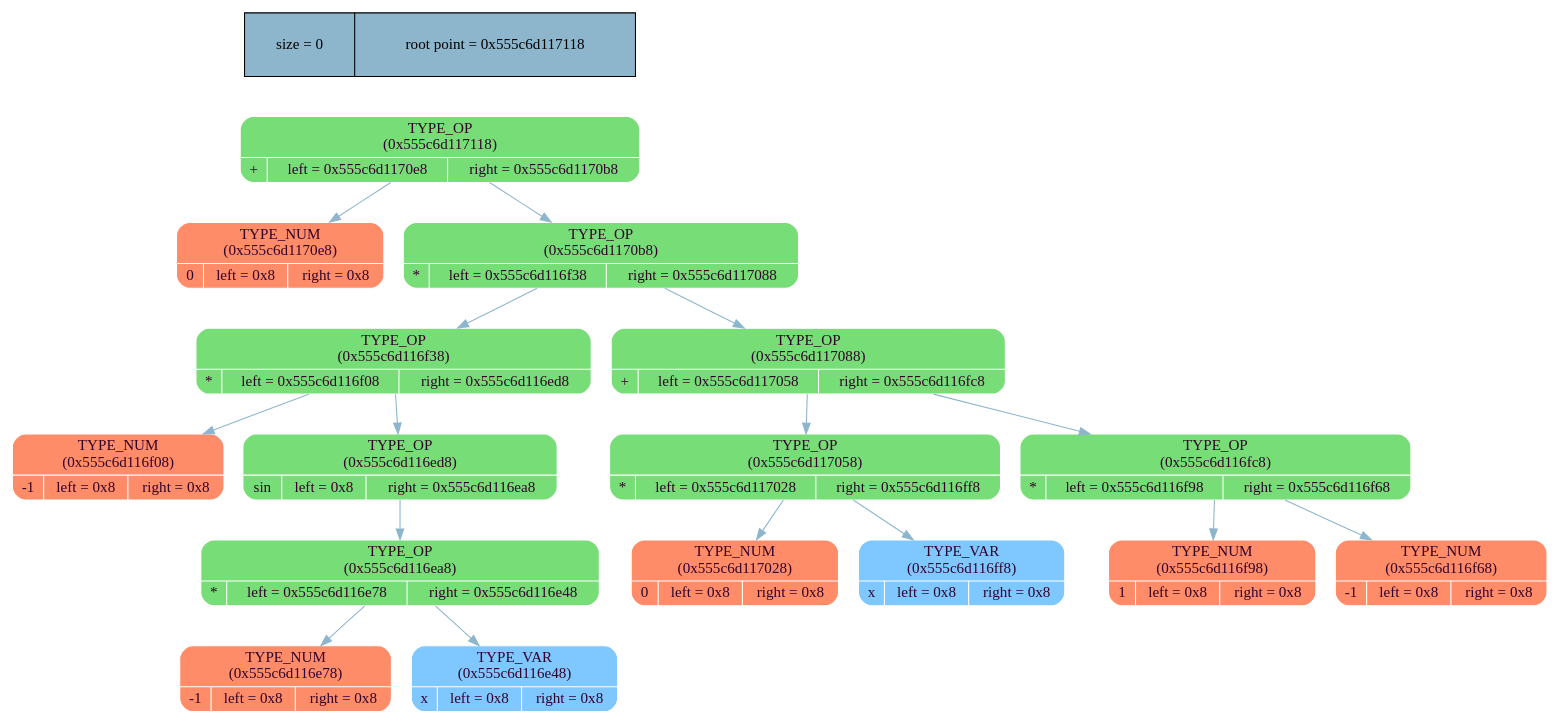
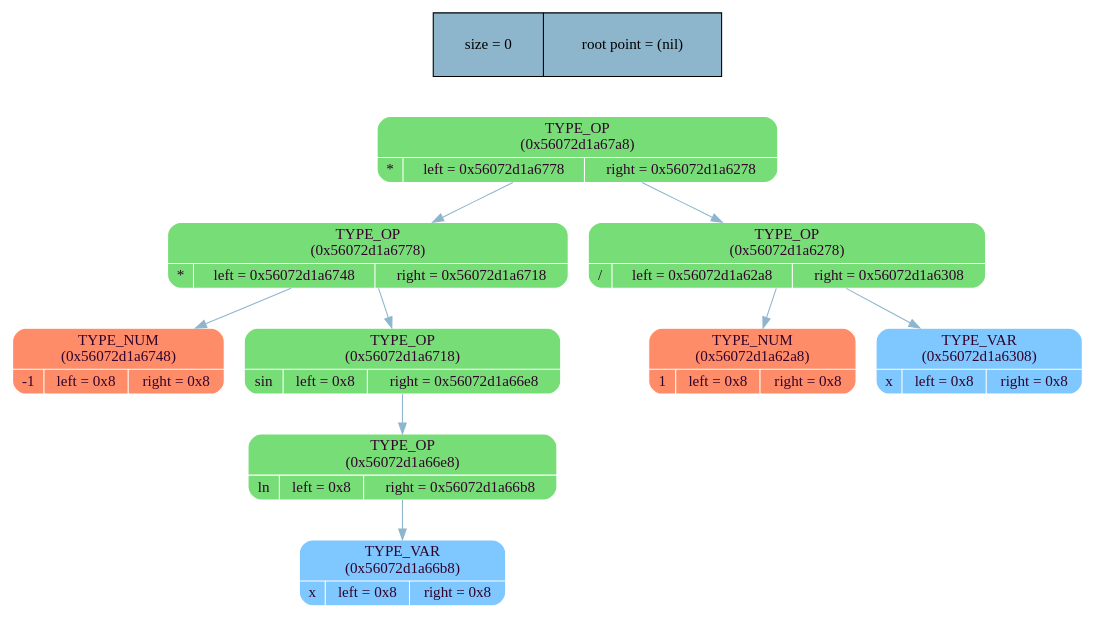
The diagram in tree/graph_lib/tree_dump.dot (MaxGroshev/differentiator), drawn with Graphviz before and after one commit. The commit also changed 22 other files, not shown here.

Commit message:
python graphics in LaTeX file

```diff
--- a/tree/graph_lib/tree_dump.dot
+++ b/tree/graph_lib/tree_dump.dot
@@ -1,40 +1,26 @@
 digraph   
 {
 rankdir = ""
 splines = "true"
 
-node_stat [margin = "0.3*0.3", style = "filled", shape = "record", fillcolor = "#8DB6CD" label = " size = 0 | root point = 0x555c6d117118"]
+node_stat [margin = "0.3*0.3", style = "filled", shape = "record", fillcolor = "#8DB6CD" label = " size = 0 | root point = (nil)"]
 {rank = source; node_stat}
 
-node0x555c6d117118 [shape = "Mrecord", fillcolor = "#77DD77", style = "filled", fontcolor = "#31032A", fontname = "Calibri", color = "white", label = "{TYPE_OP\n (0x555c6d117118)| {+ |left = 0x555c6d1170e8 |right = 0x555c6d1170b8}}"]
-node0x555c6d117118 -> node0x555c6d1170e8 [color = "#8DB6CD", style = "", constraint = true, fillcolor = "#8DB6CD",   fontcolor = "", fontname = "Calibri", label = ""];
-node0x555c6d1170e8 [shape = "Mrecord", fillcolor = "#FF8C69", style = "filled", fontcolor = "#31032A", fontname = "Calibri", color = "white", label = "{TYPE_NUM\n (0x555c6d1170e8)| {0 |left = 0x8 |right = 0x8}}"]
-node0x555c6d117118 -> node0x555c6d1170b8 [color = "#8DB6CD", style = "", constraint = true, fillcolor = "#8DB6CD",   fontcolor = "", fontname = "Calibri", label = ""];
-node0x555c6d1170b8 [shape = "Mrecord", fillcolor = "#77DD77", style = "filled", fontcolor = "#31032A", fontname = "Calibri", color = "white", label = "{TYPE_OP\n (0x555c6d1170b8)| {* |left = 0x555c6d116f38 |right = 0x555c6d117088}}"]
-node0x555c6d1170b8 -> node0x555c6d116f38 [color = "#8DB6CD", style = "", constraint = true, fillcolor = "#8DB6CD",   fontcolor = "", fontname = "Calibri", label = ""];
-node0x555c6d116f38 [shape = "Mrecord", fillcolor = "#77DD77", style = "filled", fontcolor = "#31032A", fontname = "Calibri", color = "white", label = "{TYPE_OP\n (0x555c6d116f38)| {* |left = 0x555c6d116f08 |right = 0x555c6d116ed8}}"]
-node0x555c6d116f38 -> node0x555c6d116f08 [color = "#8DB6CD", style = "", constraint = true, fillcolor = "#8DB6CD",   fontcolor = "", fontname = "Calibri", label = ""];
-node0x555c6d116f08 [shape = "Mrecord", fillcolor = "#FF8C69", style = "filled", fontcolor = "#31032A", fontname = "Calibri", color = "white", label = "{TYPE_NUM\n (0x555c6d116f08)| {-1 |left = 0x8 |right = 0x8}}"]
-node0x555c6d116f38 -> node0x555c6d116ed8 [color = "#8DB6CD", style = "", constraint = true, fillcolor = "#8DB6CD",   fontcolor = "", fontname = "Calibri", label = ""];
-node0x555c6d116ed8 [shape = "Mrecord", fillcolor = "#77DD77", style = "filled", fontcolor = "#31032A", fontname = "Calibri", color = "white", label = "{TYPE_OP\n (0x555c6d116ed8)| {sin |left = 0x8 |right = 0x555c6d116ea8}}"]
-node0x555c6d116ed8 -> node0x555c6d116ea8 [color = "#8DB6CD", style = "", constraint = true, fillcolor = "#8DB6CD",   fontcolor = "", fontname = "Calibri", label = ""];
-node0x555c6d116ea8 [shape = "Mrecord", fillcolor = "#77DD77", style = "filled", fontcolor = "#31032A", fontname = "Calibri", color = "white", label = "{TYPE_OP\n (0x555c6d116ea8)| {* |left = 0x555c6d116e78 |right = 0x555c6d116e48}}"]
-node0x555c6d116ea8 -> node0x555c6d116e78 [color = "#8DB6CD", style = "", constraint = true, fillcolor = "#8DB6CD",   fontcolor = "", fontname = "Calibri", label = ""];
-node0x555c6d116e78 [shape = "Mrecord", fillcolor = "#FF8C69", style = "filled", fontcolor = "#31032A", fontname = "Calibri", color = "white", label = "{TYPE_NUM\n (0x555c6d116e78)| {-1 |left = 0x8 |right = 0x8}}"]
-node0x555c6d116ea8 -> node0x555c6d116e48 [color = "#8DB6CD", style = "", constraint = true, fillcolor = "#8DB6CD",   fontcolor = "", fontname = "Calibri", label = ""];
-node0x555c6d116e48 [shape = "Mrecord", fillcolor = "#7FC7FF", style = "filled", fontcolor = "#31032A", fontname = "Calibri", color = "white", label = "{TYPE_VAR\n (0x555c6d116e48)| {x |left = 0x8 |right = 0x8}}"]
-node0x555c6d1170b8 -> node0x555c6d117088 [color = "#8DB6CD", style = "", constraint = true, fillcolor = "#8DB6CD",   fontcolor = "", fontname = "Calibri", label = ""];
-node0x555c6d117088 [shape = "Mrecord", fillcolor = "#77DD77", style = "filled", fontcolor = "#31032A", fontname = "Calibri", color = "white", label = "{TYPE_OP\n (0x555c6d117088)| {+ |left = 0x555c6d117058 |right = 0x555c6d116fc8}}"]
-node0x555c6d117088 -> node0x555c6d117058 [color = "#8DB6CD", style = "", constraint = true, fillcolor = "#8DB6CD",   fontcolor = "", fontname = "Calibri", label = ""];
-node0x555c6d117058 [shape = "Mrecord", fillcolor = "#77DD77", style = "filled", fontcolor = "#31032A", fontname = "Calibri", color = "white", label = "{TYPE_OP\n (0x555c6d117058)| {* |left = 0x555c6d117028 |right = 0x555c6d116ff8}}"]
-node0x555c6d117058 -> node0x555c6d117028 [color = "#8DB6CD", style = "", constraint = true, fillcolor = "#8DB6CD",   fontcolor = "", fontname = "Calibri", label = ""];
-node0x555c6d117028 [shape = "Mrecord", fillcolor = "#FF8C69", style = "filled", fontcolor = "#31032A", fontname = "Calibri", color = "white", label = "{TYPE_NUM\n (0x555c6d117028)| {0 |left = 0x8 |right = 0x8}}"]
-node0x555c6d117058 -> node0x555c6d116ff8 [color = "#8DB6CD", style = "", constraint = true, fillcolor = "#8DB6CD",   fontcolor = "", fontname = "Calibri", label = ""];
-node0x555c6d116ff8 [shape = "Mrecord", fillcolor = "#7FC7FF", style = "filled", fontcolor = "#31032A", fontname = "Calibri", color = "white", label = "{TYPE_VAR\n (0x555c6d116ff8)| {x |left = 0x8 |right = 0x8}}"]
-node0x555c6d117088 -> node0x555c6d116fc8 [color = "#8DB6CD", style = "", constraint = true, fillcolor = "#8DB6CD",   fontcolor = "", fontname = "Calibri", label = ""];
-node0x555c6d116fc8 [shape = "Mrecord", fillcolor = "#77DD77", style = "filled", fontcolor = "#31032A", fontname = "Calibri", color = "white", label = "{TYPE_OP\n (0x555c6d116fc8)| {* |left = 0x555c6d116f98 |right = 0x555c6d116f68}}"]
-node0x555c6d116fc8 -> node0x555c6d116f98 [color = "#8DB6CD", style = "", constraint = true, fillcolor = "#8DB6CD",   fontcolor = "", fontname = "Calibri", label = ""];
-node0x555c6d116f98 [shape = "Mrecord", fillcolor = "#FF8C69", style = "filled", fontcolor = "#31032A", fontname = "Calibri", color = "white", label = "{TYPE_NUM\n (0x555c6d116f98)| {1 |left = 0x8 |right = 0x8}}"]
-node0x555c6d116fc8 -> node0x555c6d116f68 [color = "#8DB6CD", style = "", constraint = true, fillcolor = "#8DB6CD",   fontcolor = "", fontname = "Calibri", label = ""];
-node0x555c6d116f68 [shape = "Mrecord", fillcolor = "#FF8C69", style = "filled", fontcolor = "#31032A", fontname = "Calibri", color = "white", label = "{TYPE_NUM\n (0x555c6d116f68)| {-1 |left = 0x8 |right = 0x8}}"]
+node0x56072d1a67a8 [shape = "Mrecord", fillcolor = "#77DD77", style = "filled", fontcolor = "#31032A", fontname = "Calibri", color = "white", label = "{TYPE_OP\n (0x56072d1a67a8)| {* |left = 0x56072d1a6778 |right = 0x56072d1a6278}}"]
+node0x56072d1a67a8 -> node0x56072d1a6778 [color = "#8DB6CD", style = "", constraint = true, fillcolor = "#8DB6CD",   fontcolor = "", fontname = "Calibri", label = ""];
+node0x56072d1a6778 [shape = "Mrecord", fillcolor = "#77DD77", style = "filled", fontcolor = "#31032A", fontname = "Calibri", color = "white", label = "{TYPE_OP\n (0x56072d1a6778)| {* |left = 0x56072d1a6748 |right = 0x56072d1a6718}}"]
+node0x56072d1a6778 -> node0x56072d1a6748 [color = "#8DB6CD", style = "", constraint = true, fillcolor = "#8DB6CD",   fontcolor = "", fontname = "Calibri", label = ""];
+node0x56072d1a6748 [shape = "Mrecord", fillcolor = "#FF8C69", style = "filled", fontcolor = "#31032A", fontname = "Calibri", color = "white", label = "{TYPE_NUM\n (0x56072d1a6748)| {-1 |left = 0x8 |right = 0x8}}"]
+node0x56072d1a6778 -> node0x56072d1a6718 [color = "#8DB6CD", style = "", constraint = true, fillcolor = "#8DB6CD",   fontcolor = "", fontname = "Calibri", label = ""];
+node0x56072d1a6718 [shape = "Mrecord", fillcolor = "#77DD77", style = "filled", fontcolor = "#31032A", fontname = "Calibri", color = "white", label = "{TYPE_OP\n (0x56072d1a6718)| {sin |left = 0x8 |right = 0x56072d1a66e8}}"]
+node0x56072d1a6718 -> node0x56072d1a66e8 [color = "#8DB6CD", style = "", constraint = true, fillcolor = "#8DB6CD",   fontcolor = "", fontname = "Calibri", label = ""];
+node0x56072d1a66e8 [shape = "Mrecord", fillcolor = "#77DD77", style = "filled", fontcolor = "#31032A", fontname = "Calibri", color = "white", label = "{TYPE_OP\n (0x56072d1a66e8)| {ln |left = 0x8 |right = 0x56072d1a66b8}}"]
+node0x56072d1a66e8 -> node0x56072d1a66b8 [color = "#8DB6CD", style = "", constraint = true, fillcolor = "#8DB6CD",   fontcolor = "", fontname = "Calibri", label = ""];
+node0x56072d1a66b8 [shape = "Mrecord", fillcolor = "#7FC7FF", style = "filled", fontcolor = "#31032A", fontname = "Calibri", color = "white", label = "{TYPE_VAR\n (0x56072d1a66b8)| {x |left = 0x8 |right = 0x8}}"]
+node0x56072d1a67a8 -> node0x56072d1a6278 [color = "#8DB6CD", style = "", constraint = true, fillcolor = "#8DB6CD",   fontcolor = "", fontname = "Calibri", label = ""];
+node0x56072d1a6278 [shape = "Mrecord", fillcolor = "#77DD77", style = "filled", fontcolor = "#31032A", fontname = "Calibri", color = "white", label = "{TYPE_OP\n (0x56072d1a6278)| {/ |left = 0x56072d1a62a8 |right = 0x56072d1a6308}}"]
+node0x56072d1a6278 -> node0x56072d1a62a8 [color = "#8DB6CD", style = "", constraint = true, fillcolor = "#8DB6CD",   fontcolor = "", fontname = "Calibri", label = ""];
+node0x56072d1a62a8 [shape = "Mrecord", fillcolor = "#FF8C69", style = "filled", fontcolor = "#31032A", fontname = "Calibri", color = "white", label = "{TYPE_NUM\n (0x56072d1a62a8)| {1 |left = 0x8 |right = 0x8}}"]
+node0x56072d1a6278 -> node0x56072d1a6308 [color = "#8DB6CD", style = "", constraint = true, fillcolor = "#8DB6CD",   fontcolor = "", fontname = "Calibri", label = ""];
+node0x56072d1a6308 [shape = "Mrecord", fillcolor = "#7FC7FF", style = "filled", fontcolor = "#31032A", fontname = "Calibri", color = "white", label = "{TYPE_VAR\n (0x56072d1a6308)| {x |left = 0x8 |right = 0x8}}"]
 }
```
